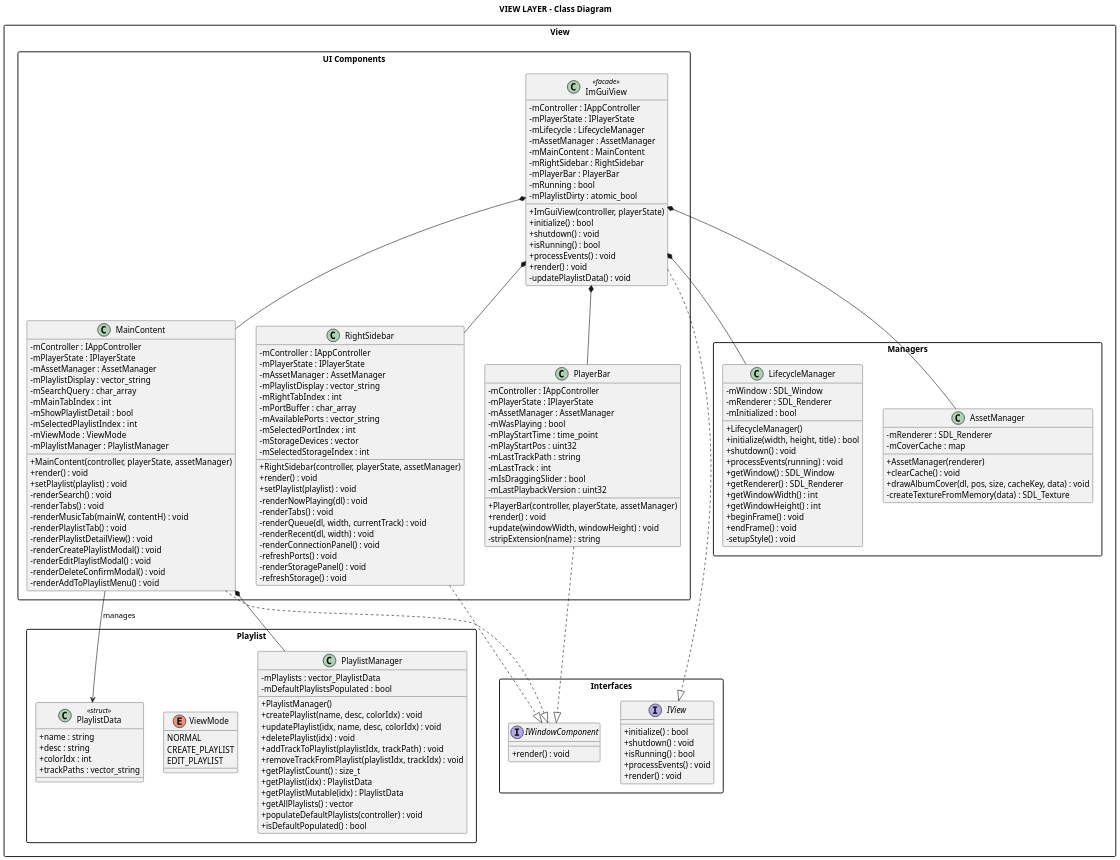
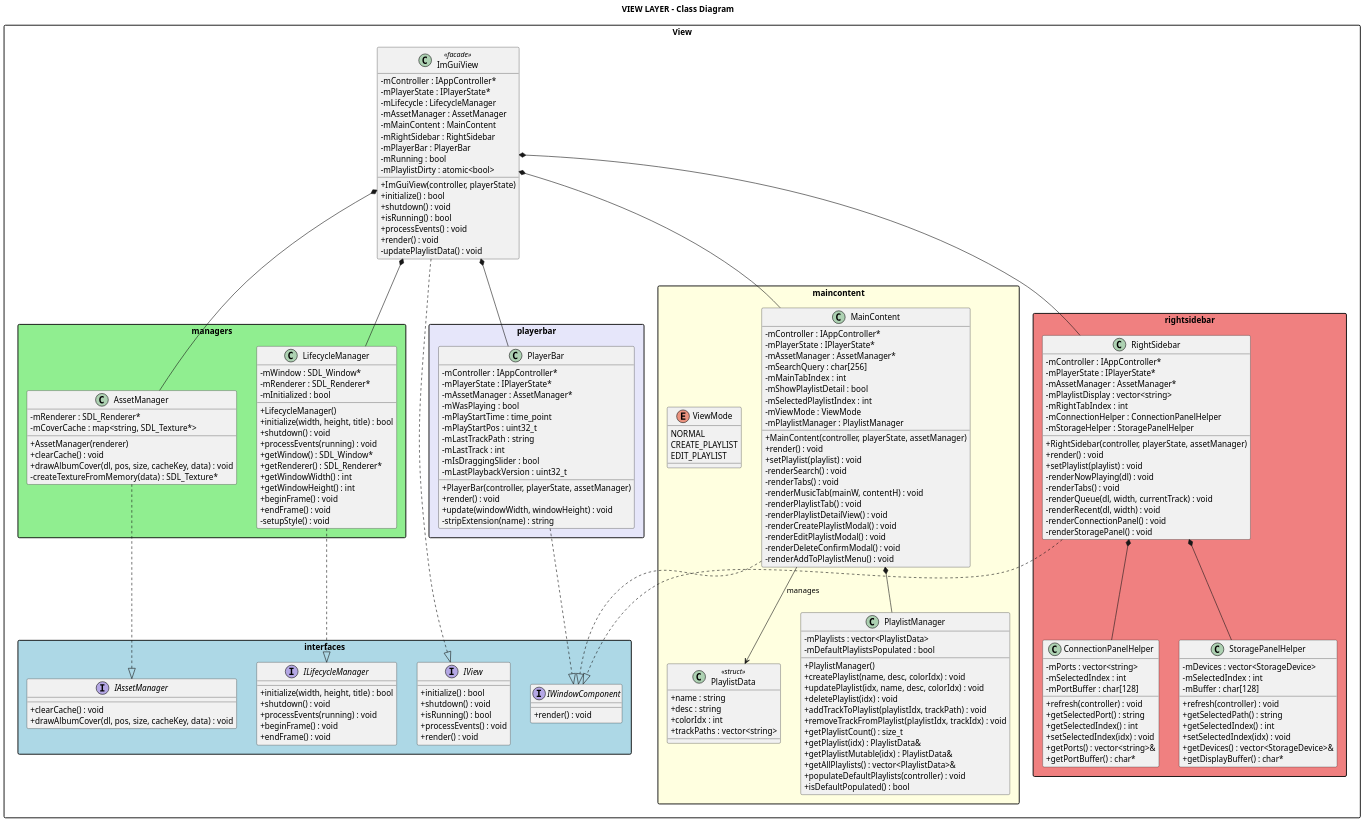
One commit to quan27092002-ctrl/MusicPlayer changed the diagram in uml/lowlevel/class_diagram_view.puml. Above: the diagram before and after it, drawn with PlantUML.

```diff
--- a/uml/lowlevel/class_diagram_view.puml
+++ b/uml/lowlevel/class_diagram_view.puml
@@ -7,7 +7,7 @@
 
 package "View" {
     
-    package "Interfaces" {
+    package "interfaces" #LightBlue {
         interface IView {
             +initialize() : bool
             +shutdown() : void
@@ -19,19 +19,32 @@
         interface IWindowComponent {
             +render() : void
         }
+        
+        interface ILifecycleManager {
+            +initialize(width, height, title) : bool
+            +shutdown() : void
+            +processEvents(running) : void
+            +beginFrame() : void
+            +endFrame() : void
+        }
+        
+        interface IAssetManager {
+            +clearCache() : void
+            +drawAlbumCover(dl, pos, size, cacheKey, data) : void
+        }
     }
     
-    package "Managers" {
+    package "managers" #LightGreen {
         class LifecycleManager {
-            -mWindow : SDL_Window
-            -mRenderer : SDL_Renderer
+            -mWindow : SDL_Window*
+            -mRenderer : SDL_Renderer*
             -mInitialized : bool
             +LifecycleManager()
             +initialize(width, height, title) : bool
             +shutdown() : void
             +processEvents(running) : void
-            +getWindow() : SDL_Window
-            +getRenderer() : SDL_Renderer
+            +getWindow() : SDL_Window*
+            +getRenderer() : SDL_Renderer*
             +getWindowWidth() : int
             +getWindowHeight() : int
             +beginFrame() : void
@@ -40,41 +53,21 @@
         }
         
         class AssetManager {
-            -mRenderer : SDL_Renderer
-            -mCoverCache : map
+            -mRenderer : SDL_Renderer*
+            -mCoverCache : map<string, SDL_Texture*>
             +AssetManager(renderer)
             +clearCache() : void
             +drawAlbumCover(dl, pos, size, cacheKey, data) : void
-            -createTextureFromMemory(data) : SDL_Texture
+            -createTextureFromMemory(data) : SDL_Texture*
         }
     }
     
-    package "UI Components" {
-        class ImGuiView <<facade>> {
-            -mController : IAppController
-            -mPlayerState : IPlayerState
-            -mLifecycle : LifecycleManager
-            -mAssetManager : AssetManager
-            -mMainContent : MainContent
-            -mRightSidebar : RightSidebar
-            -mPlayerBar : PlayerBar
-            -mRunning : bool
-            -mPlaylistDirty : atomic_bool
-            +ImGuiView(controller, playerState)
-            +initialize() : bool
-            +shutdown() : void
-            +isRunning() : bool
-            +processEvents() : void
-            +render() : void
-            -updatePlaylistData() : void
-        }
-        
+    package "maincontent" #LightYellow {
         class MainContent {
-            -mController : IAppController
-            -mPlayerState : IPlayerState
-            -mAssetManager : AssetManager
-            -mPlaylistDisplay : vector_string
-            -mSearchQuery : char_array
+            -mController : IAppController*
+            -mPlayerState : IPlayerState*
+            -mAssetManager : AssetManager*
+            -mSearchQuery : char[256]
             -mMainTabIndex : int
             -mShowPlaylistDetail : bool
             -mSelectedPlaylistIndex : int
@@ -94,17 +87,46 @@
             -renderAddToPlaylistMenu() : void
         }
         
+        class PlaylistData <<struct>> {
+            +name : string
+            +desc : string
+            +colorIdx : int
+            +trackPaths : vector<string>
+        }
+        
+        class PlaylistManager {
+            -mPlaylists : vector<PlaylistData>
+            -mDefaultPlaylistsPopulated : bool
+            +PlaylistManager()
+            +createPlaylist(name, desc, colorIdx) : void
+            +updatePlaylist(idx, name, desc, colorIdx) : void
+            +deletePlaylist(idx) : void
+            +addTrackToPlaylist(playlistIdx, trackPath) : void
+            +removeTrackFromPlaylist(playlistIdx, trackIdx) : void
+            +getPlaylistCount() : size_t
+            +getPlaylist(idx) : PlaylistData&
+            +getPlaylistMutable(idx) : PlaylistData&
+            +getAllPlaylists() : vector<PlaylistData>&
+            +populateDefaultPlaylists(controller) : void
+            +isDefaultPopulated() : bool
+        }
+        
+        enum ViewMode {
+            NORMAL
+            CREATE_PLAYLIST
+            EDIT_PLAYLIST
+        }
+    }
+    
+    package "rightsidebar" #LightCoral {
         class RightSidebar {
-            -mController : IAppController
-            -mPlayerState : IPlayerState
-            -mAssetManager : AssetManager
-            -mPlaylistDisplay : vector_string
+            -mController : IAppController*
+            -mPlayerState : IPlayerState*
+            -mAssetManager : AssetManager*
+            -mPlaylistDisplay : vector<string>
             -mRightTabIndex : int
-            -mPortBuffer : char_array
-            -mAvailablePorts : vector_string
-            -mSelectedPortIndex : int
-            -mStorageDevices : vector
-            -mSelectedStorageIndex : int
+            -mConnectionHelper : ConnectionPanelHelper
+            -mStorageHelper : StoragePanelHelper
             +RightSidebar(controller, playerState, assetManager)
             +render() : void
             +setPlaylist(playlist) : void
@@ -113,22 +135,46 @@
             -renderQueue(dl, width, currentTrack) : void
             -renderRecent(dl, width) : void
             -renderConnectionPanel() : void
-            -refreshPorts() : void
             -renderStoragePanel() : void
-            -refreshStorage() : void
         }
         
+        class ConnectionPanelHelper {
+            -mPorts : vector<string>
+            -mSelectedIndex : int
+            -mPortBuffer : char[128]
+            +refresh(controller) : void
+            +getSelectedPort() : string
+            +getSelectedIndex() : int
+            +setSelectedIndex(idx) : void
+            +getPorts() : vector<string>&
+            +getPortBuffer() : char*
+        }
+        
+        class StoragePanelHelper {
+            -mDevices : vector<StorageDevice>
+            -mSelectedIndex : int
+            -mBuffer : char[128]
+            +refresh(controller) : void
+            +getSelectedPath() : string
+            +getSelectedIndex() : int
+            +setSelectedIndex(idx) : void
+            +getDevices() : vector<StorageDevice>&
+            +getDisplayBuffer() : char*
+        }
+    }
+    
+    package "playerbar" #Lavender {
         class PlayerBar {
-            -mController : IAppController
-            -mPlayerState : IPlayerState
-            -mAssetManager : AssetManager
+            -mController : IAppController*
+            -mPlayerState : IPlayerState*
+            -mAssetManager : AssetManager*
             -mWasPlaying : bool
             -mPlayStartTime : time_point
-            -mPlayStartPos : uint32
+            -mPlayStartPos : uint32_t
             -mLastTrackPath : string
             -mLastTrack : int
             -mIsDraggingSlider : bool
-            -mLastPlaybackVersion : uint32
+            -mLastPlaybackVersion : uint32_t
             +PlayerBar(controller, playerState, assetManager)
             +render() : void
             +update(windowWidth, windowHeight) : void
@@ -136,51 +182,46 @@
         }
     }
     
-    package "Playlist" {
-        class PlaylistData <<struct>> {
-            +name : string
-            +desc : string
-            +colorIdx : int
-            +trackPaths : vector_string
-        }
-        
-        enum ViewMode {
-            NORMAL
-            CREATE_PLAYLIST
-            EDIT_PLAYLIST
-        }
-        
-        class PlaylistManager {
-            -mPlaylists : vector_PlaylistData
-            -mDefaultPlaylistsPopulated : bool
-            +PlaylistManager()
-            +createPlaylist(name, desc, colorIdx) : void
-            +updatePlaylist(idx, name, desc, colorIdx) : void
-            +deletePlaylist(idx) : void
-            +addTrackToPlaylist(playlistIdx, trackPath) : void
-            +removeTrackFromPlaylist(playlistIdx, trackIdx) : void
-            +getPlaylistCount() : size_t
-            +getPlaylist(idx) : PlaylistData
-            +getPlaylistMutable(idx) : PlaylistData
-            +getAllPlaylists() : vector
-            +populateDefaultPlaylists(controller) : void
-            +isDefaultPopulated() : bool
-        }
+    ' Main facade class
+    class ImGuiView <<facade>> {
+        -mController : IAppController*
+        -mPlayerState : IPlayerState*
+        -mLifecycle : LifecycleManager
+        -mAssetManager : AssetManager
+        -mMainContent : MainContent
+        -mRightSidebar : RightSidebar
+        -mPlayerBar : PlayerBar
+        -mRunning : bool
+        -mPlaylistDirty : atomic<bool>
+        +ImGuiView(controller, playerState)
+        +initialize() : bool
+        +shutdown() : void
+        +isRunning() : bool
+        +processEvents() : void
+        +render() : void
+        -updatePlaylistData() : void
     }
-
+    
+    ' Interface implementations
     ImGuiView ..|> IView
+    LifecycleManager ..|> ILifecycleManager
+    AssetManager ..|> IAssetManager
     MainContent ..|> IWindowComponent
     RightSidebar ..|> IWindowComponent
     PlayerBar ..|> IWindowComponent
     
+    ' Composition relationships
     ImGuiView *-- LifecycleManager
     ImGuiView *-- AssetManager
     ImGuiView *-- MainContent
     ImGuiView *-- RightSidebar
     ImGuiView *-- PlayerBar
     
+    ' Internal compositions
     MainContent *-- PlaylistManager
     MainContent --> PlaylistData : manages
+    RightSidebar *-- ConnectionPanelHelper
+    RightSidebar *-- StoragePanelHelper
 }
 
 @enduml
```
